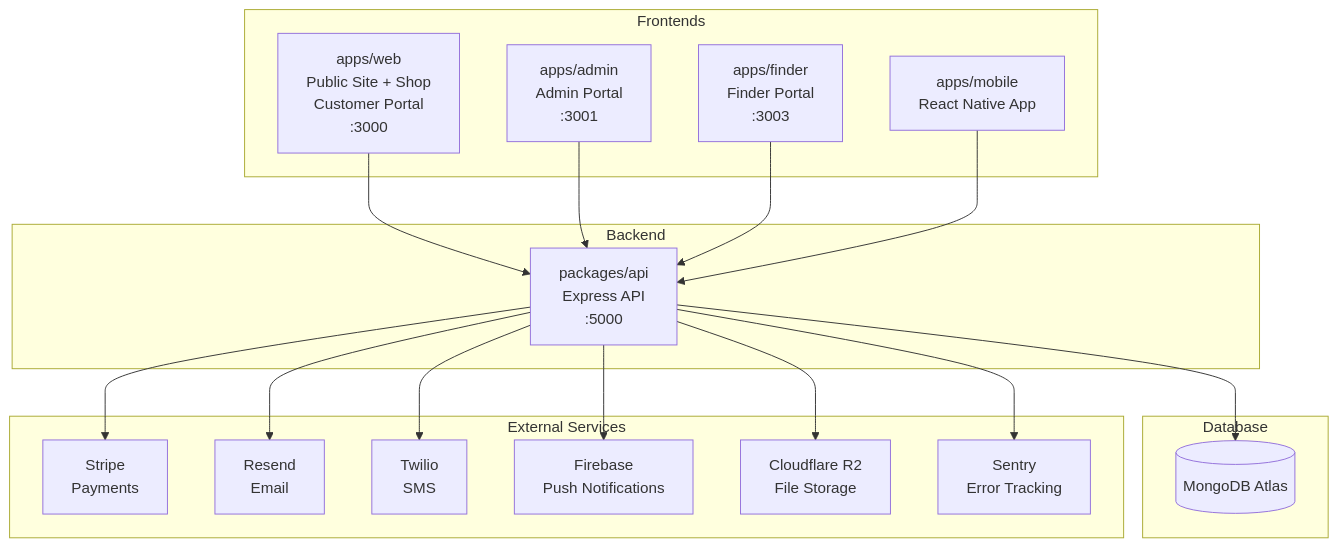
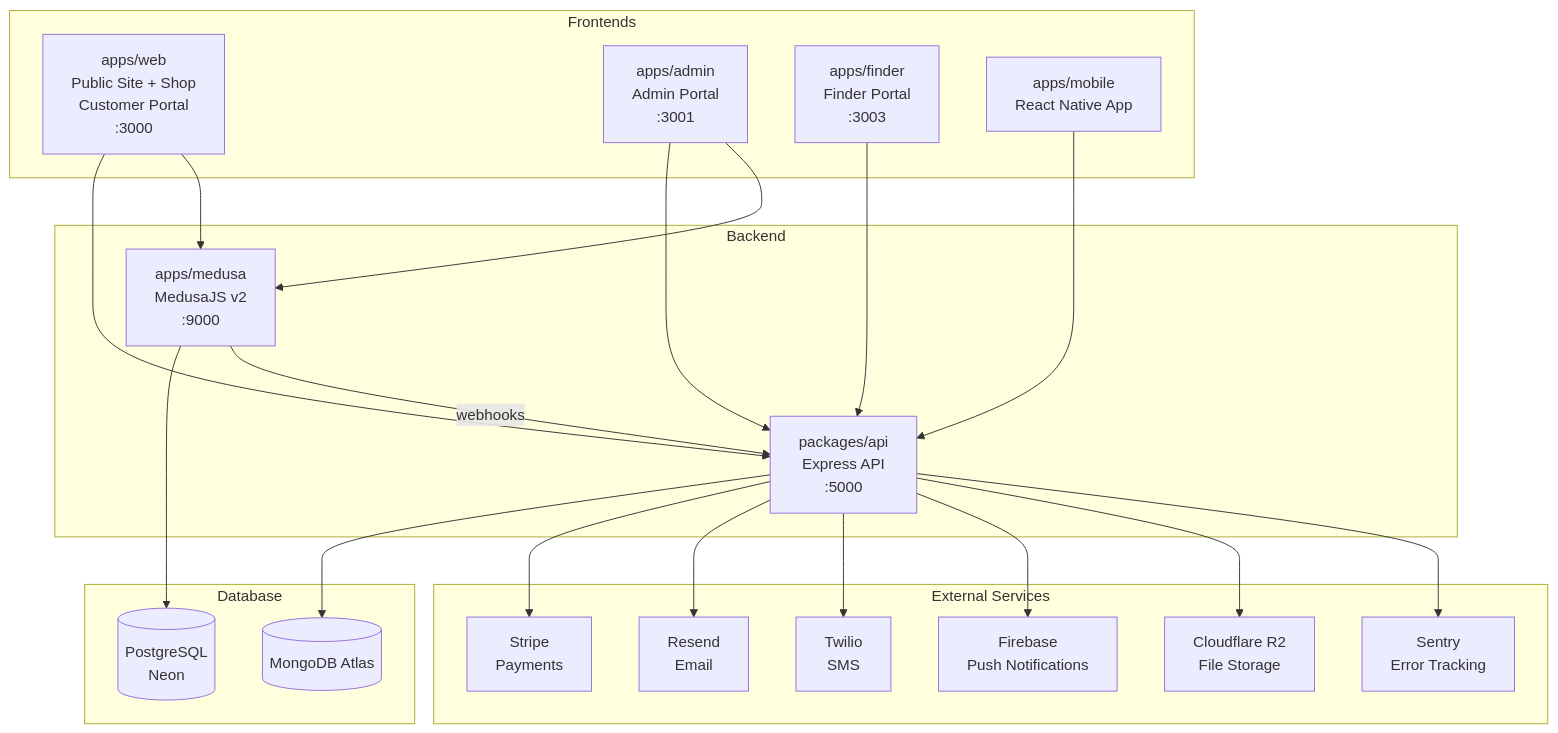
Before and after one commit to bhagatarpan/PawTag: the first of 6 diagrams in README.md, drawn with Mermaid. The commit also changed other lines of this file and 2 other files, not shown here.

First line of the commit message:
docs: update AGENTS.md, README.md, and roadmap with MedusaJS v2 integration

````diff
--- a/README.md
+++ b/README.md
@@ -107,39 +108,45 @@
 ```mermaid
 flowchart TD
     subgraph Frontends
         Web["apps/web<br/>Public Site + Shop<br/>Customer Portal<br/>:3000"]
         Admin["apps/admin<br/>Admin Portal<br/>:3001"]
         Finder["apps/finder<br/>Finder Portal<br/>:3003"]
         Mobile["apps/mobile<br/>React Native App"]
     end
 
     subgraph Backend
         API["packages/api<br/>Express API<br/>:5000"]
+        Medusa["apps/medusa<br/>MedusaJS v2<br/>:9000"]
     end
 
     subgraph Database
         MongoDB[(MongoDB Atlas)]
+        PostgreSQL[(PostgreSQL<br/>Neon)]
     end
 
     subgraph External Services
         Stripe["Stripe<br/>Payments"]
         Resend["Resend<br/>Email"]
         Twilio["Twilio<br/>SMS"]
         Firebase["Firebase<br/>Push Notifications"]
         R2["Cloudflare R2<br/>File Storage"]
         Sentry["Sentry<br/>Error Tracking"]
     end
 
     Web --> API
+    Web --> Medusa
     Admin --> API
+    Admin --> Medusa
     Finder --> API
     Mobile --> API
 
     API --> MongoDB
+    Medusa --> PostgreSQL
     API --> Stripe
     API --> Resend
     API --> Twilio
     API --> Firebase
     API --> R2
     API --> Sentry
+    Medusa -->|"webhooks"| API
 ```
````
